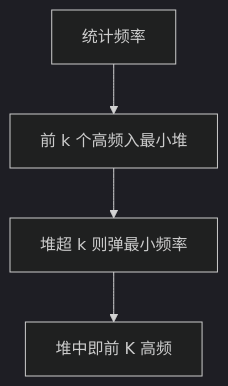
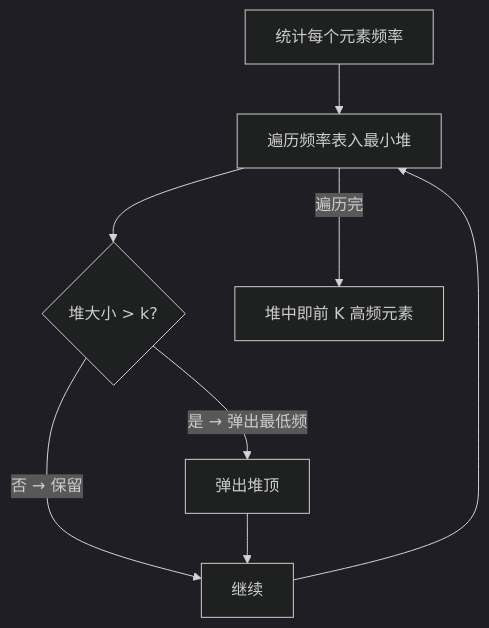
The first of 3 diagrams in 14-堆/0347-前_K_个高频元素.md (OctalZero/hot100-py), drawn with Mermaid (dark theme) before and after one commit. The commit also changed other lines of this file and 117 other files, not shown here.

First line of the commit message:
feat: 全题解配图升级为「动画式 mermaid」（总览骨架 + 横向时间线逐步推演）

````diff
--- a/14-堆/0347-前_K_个高频元素.md
+++ b/14-堆/0347-前_K_个高频元素.md
@@ -17,6 +17,10 @@
 ```mermaid
 flowchart TD
-    A["统计频率"] --> B["前 k 个高频入最小堆"]
-    B --> C["堆超 k 则弹最小频率"]
-    C --> D["堆中即前 K 高频"]
+    A["统计每个元素频率"] --> B["遍历频率表入最小堆"]
+    B --> C{"堆大小 > k?"}
+    C -->|"是 → 弹出最低频"| D["弹出堆顶"]
+    C -->|"否 → 保留"| E["继续"]
+    D --> E
+    E --> B
+    B -->|"遍历完"| F["堆中即前 K 高频元素"]
 ```
````
